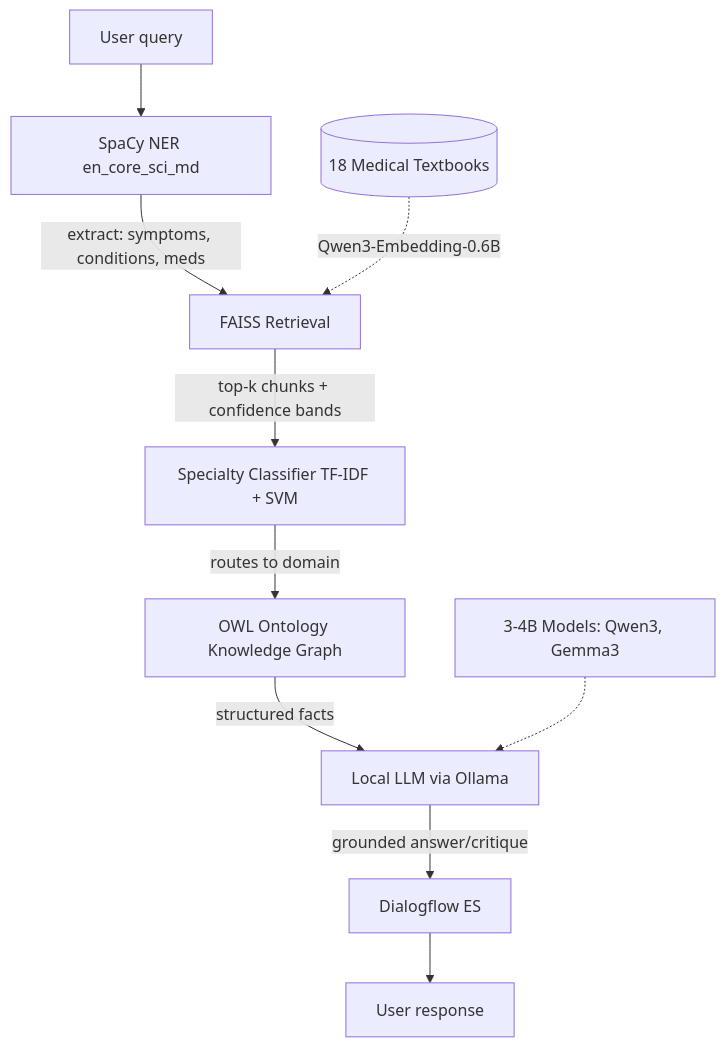
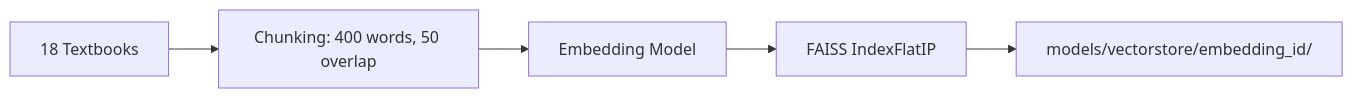
One commit to jaxendutta/emma changed the diagram in README.md. Above: the diagram before and after it, drawn with Mermaid. The commit also changed other lines of this file, not shown here.

````diff
--- a/README.md
+++ b/README.md
@@ -23,12 +176,7 @@
 ```mermaid
-graph TD
-    A[User query] --> B[SpaCy NER en_core_sci_md]
-    B -->|extract: symptoms, conditions, meds| C[FAISS Retrieval]
-    D[(18 Medical Textbooks)] -.->|Qwen3-Embedding-0.6B| C
-    C -->|top-k chunks + confidence bands| E[Specialty Classifier TF-IDF + SVM]
-    E -->|routes to domain| F[OWL Ontology Knowledge Graph]
-    F -->|structured facts| G[Local LLM via Ollama]
-    H[3-4B Models: Qwen3, Gemma3] -.-> G
-    G -->|grounded answer/critique| I[Dialogflow ES]
-    I --> J[User response]
+graph LR
+    A[18 Textbooks] --> B[Chunking: 400 words, 50 overlap]
+    B --> C[Embedding Model]
+    C --> D[FAISS IndexFlatIP]
+    D --> E[models/vectorstore/embedding_id/]
 ```
````
